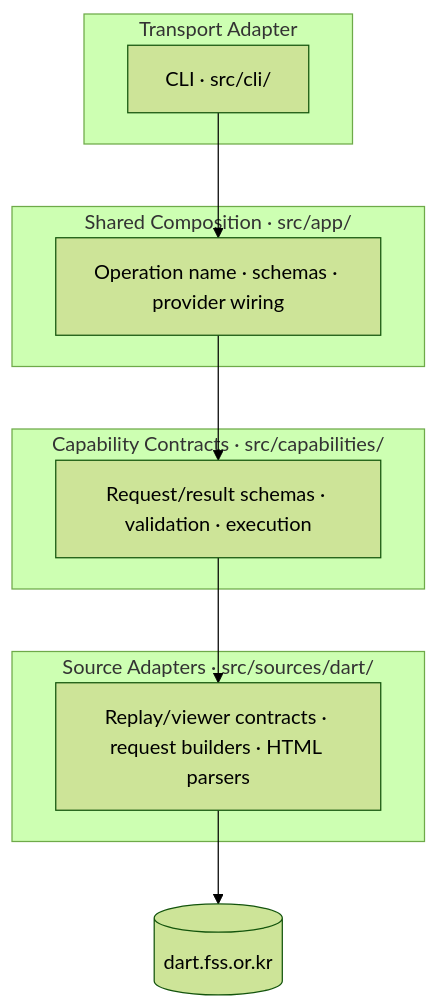
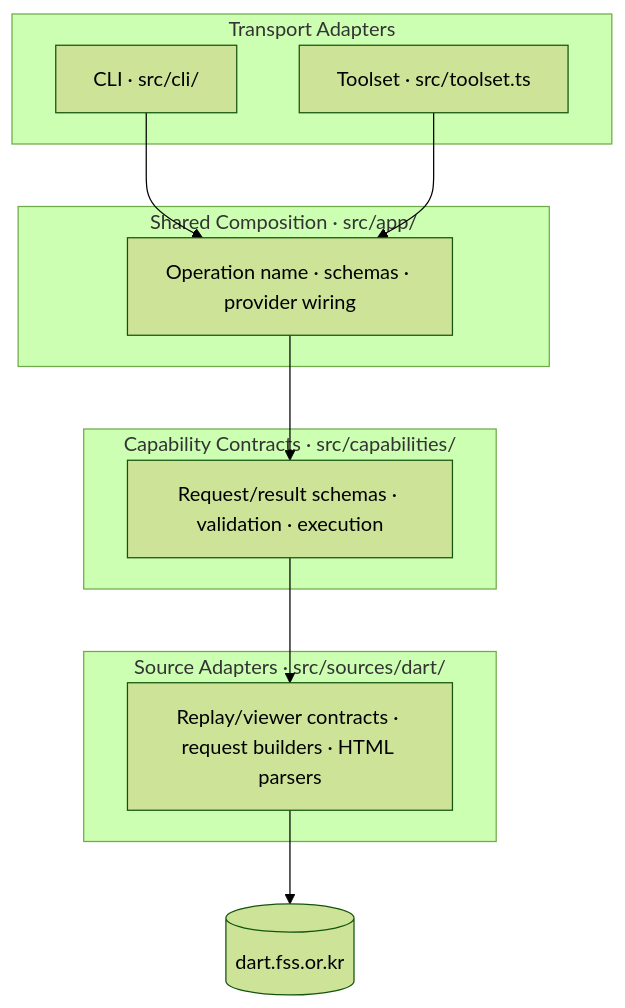
One commit to cpaikr/darty changed the first of 5 diagrams in src/ARCHITECTURE.md. Above: the diagram before and after it, drawn with Mermaid (forest theme). The commit also changed other lines of this file and 46 other files, not shown here.

````diff
--- a/src/ARCHITECTURE.md
+++ b/src/ARCHITECTURE.md
@@ -27,23 +28,25 @@
 ```mermaid
 graph TD
-    subgraph Transport["Transport Adapter"]
+    subgraph Transport["Transport Adapters"]
         CLI["CLI · src/cli/"]
+        TOOLSET["Toolset · src/toolset.ts"]
     end
 
     subgraph App["Shared Composition · src/app/"]
         APP["Operation name · schemas · provider wiring"]
     end
 
     subgraph Cap["Capability Contracts · src/capabilities/"]
         CAP["Request/result schemas · validation · execution"]
     end
 
     subgraph Src["Source Adapters · src/sources/dart/"]
         SRC["Replay/viewer contracts · request builders · HTML parsers"]
     end
 
     CLI --> APP
+    TOOLSET --> APP
     APP --> CAP
     CAP --> SRC
     SRC --> DART[("dart.fss.or.kr")]
 ```
````
